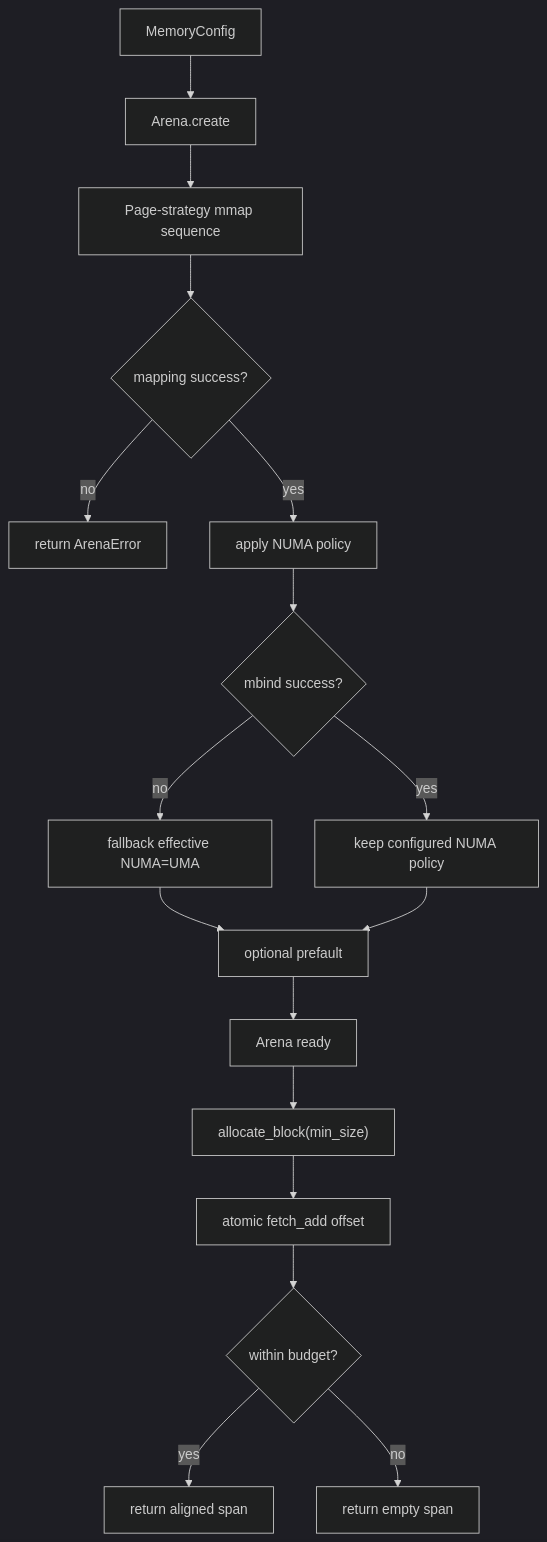
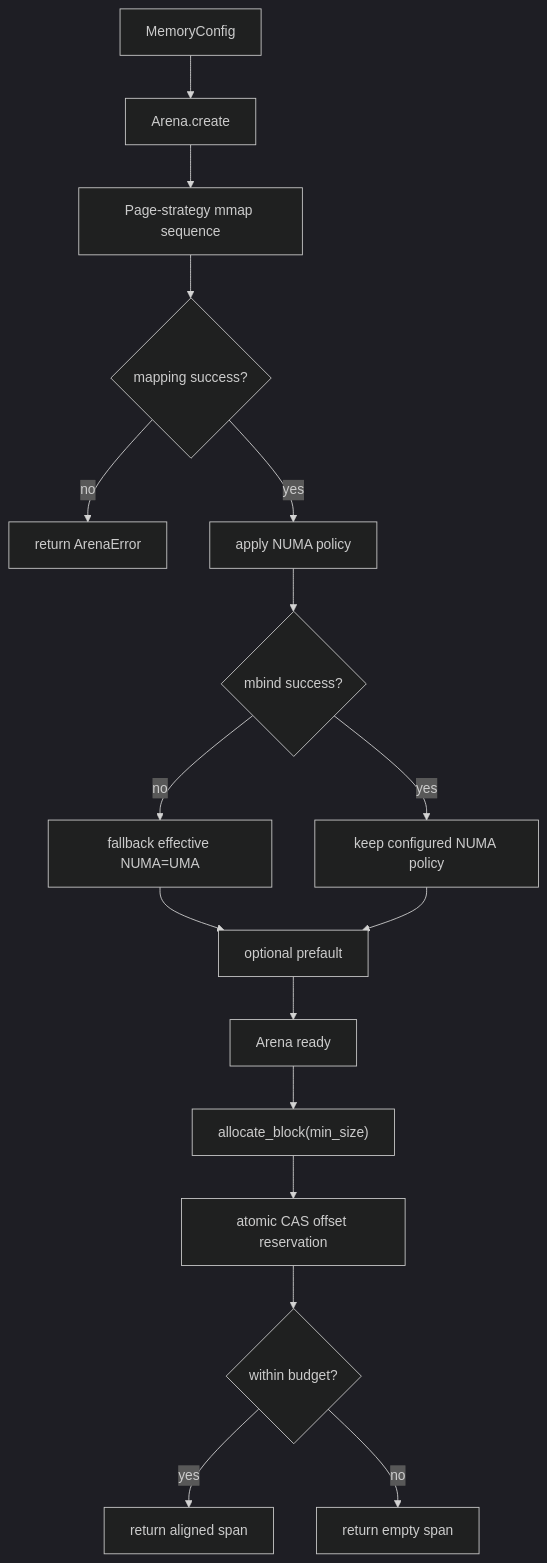
One commit to ankitkr-04/strata-db changed the diagram in docs/architecture/03-memory-arena.md. Above: the diagram before and after it, drawn with Mermaid (dark theme). The commit also changed other lines of this file and 7 other files, not shown here.

````diff
--- a/docs/architecture/03-memory-arena.md
+++ b/docs/architecture/03-memory-arena.md
@@ -46,19 +46,19 @@
 ```mermaid
 flowchart TD
     A[MemoryConfig] --> B[Arena.create]
     B --> C[Page-strategy mmap sequence]
     C --> D{mapping success?}
     D -- no --> E[return ArenaError]
     D -- yes --> F[apply NUMA policy]
     F --> G{mbind success?}
     G -- no --> H[fallback effective NUMA=UMA]
     G -- yes --> I[keep configured NUMA policy]
     H --> J[optional prefault]
     I --> J
     J --> K[Arena ready]
     K --> L["allocate_block(min_size)"]
-    L --> M[atomic fetch_add offset]
+    L --> M[atomic CAS offset reservation]
     M --> N{within budget?}
     N -- yes --> O[return aligned span]
     N -- no --> P[return empty span]
 ```
````
